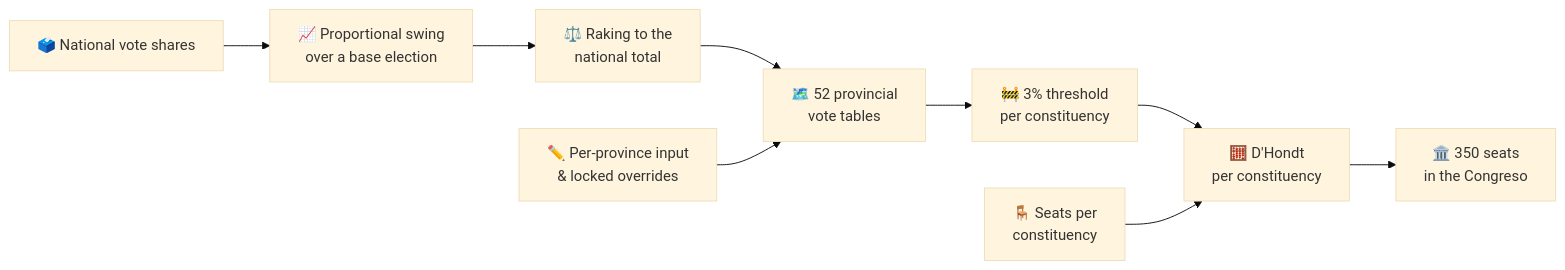
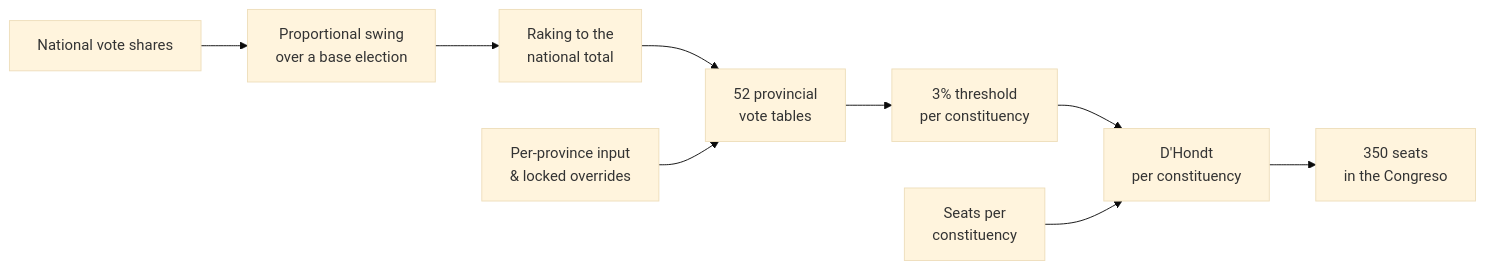
One commit to PabloViniegra/spanish-elections-simulator changed the diagram in README.md. Above: the diagram before and after it, drawn with Mermaid (base theme). The commit also changed other lines of this file, not shown here.

Commit message:
docs(readme): remove emoji from headings, tables and diagrams

````diff
--- a/README.md
+++ b/README.md
@@ -225,11 +225,11 @@
 ```mermaid
 flowchart LR
-    A["🗳️ National vote shares"] --> B["📈 Proportional swing<br/>over a base election"]
-    B --> C["⚖️ Raking to the<br/>national total"]
-    C --> D["🗺️ 52 provincial<br/>vote tables"]
-    M["✏️ Per-province input<br/>& locked overrides"] --> D
-    D --> E["🚧 3% threshold<br/>per constituency"]
-    E --> F["🧮 D'Hondt<br/>per constituency"]
-    S["🪑 Seats per<br/>constituency"] --> F
-    F --> G["🏛️ 350 seats<br/>in the Congreso"]
+ A["National vote shares"] --> B["Proportional swing<br/>over a base election"]
+ B --> C["Raking to the<br/>national total"]
+ C --> D["52 provincial<br/>vote tables"]
+ M["Per-province input<br/>& locked overrides"] --> D
+ D --> E["3% threshold<br/>per constituency"]
+ E --> F["D'Hondt<br/>per constituency"]
+ S["Seats per<br/>constituency"] --> F
+ F --> G["350 seats<br/>in the Congreso"]
 ```
````
